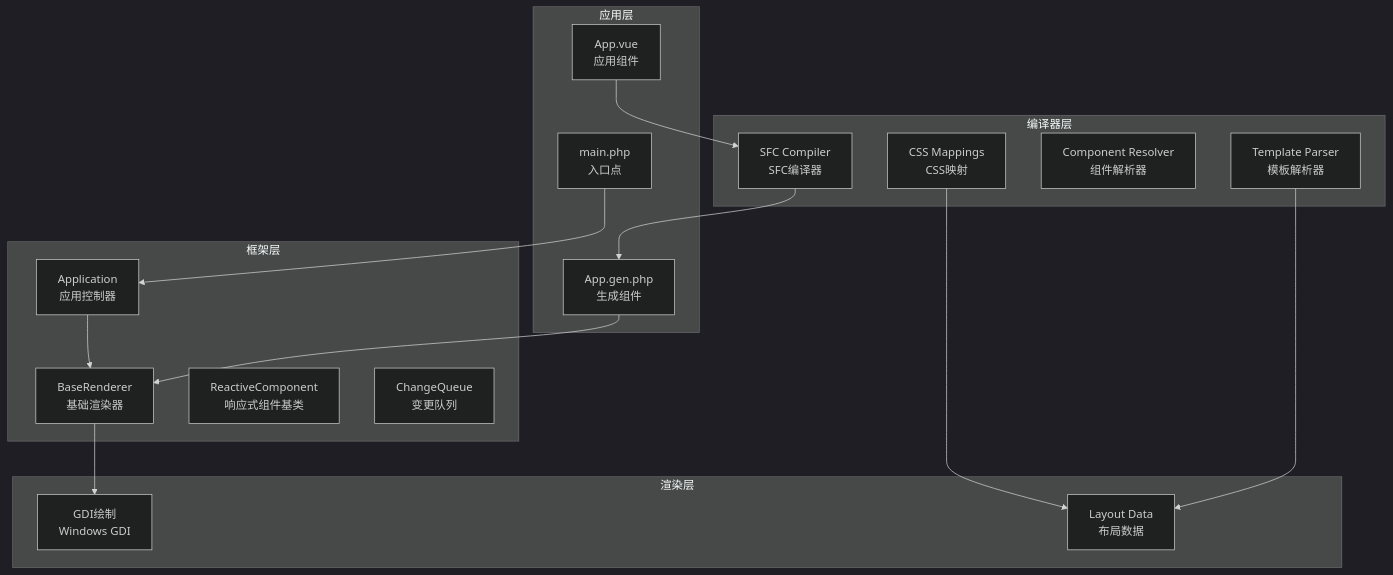
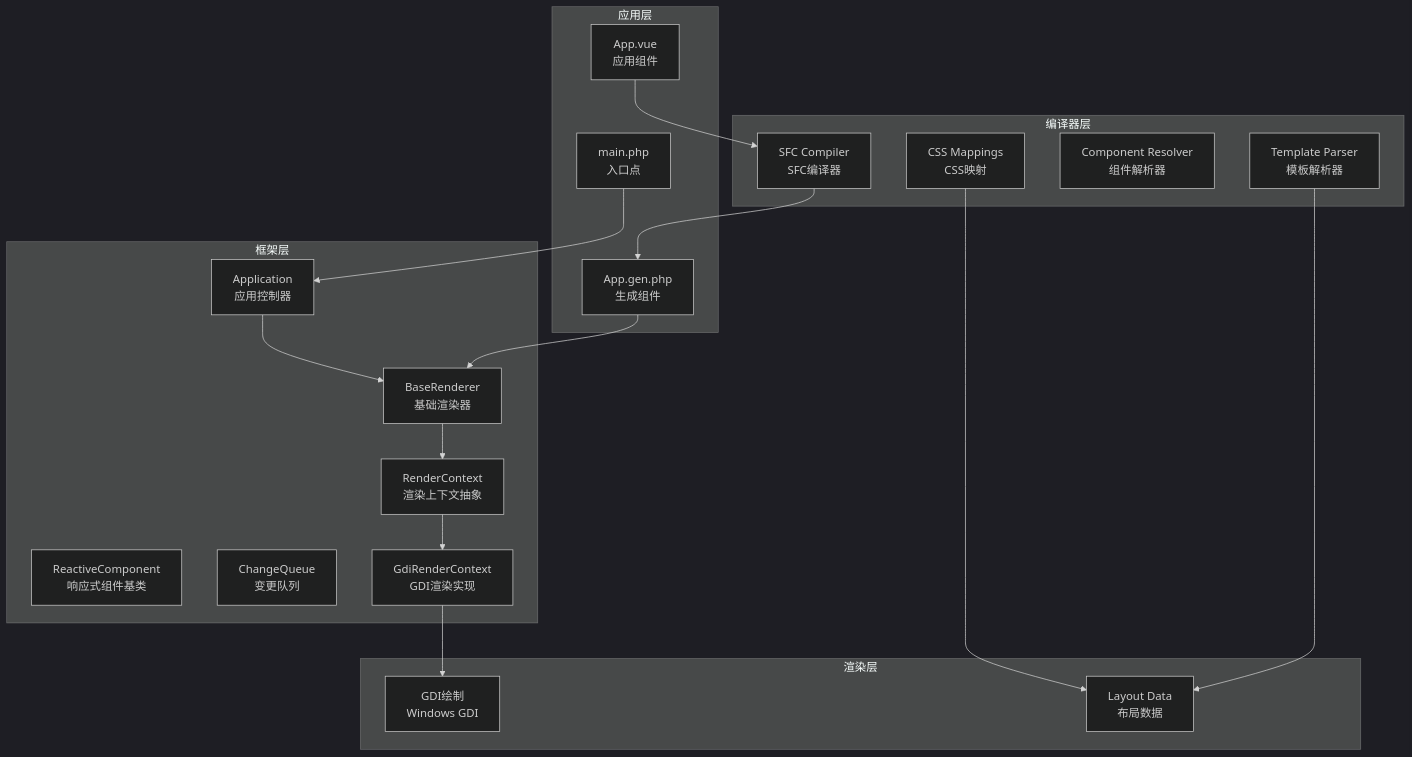
The first of 11 diagrams in .qoder/repowiki/zh/content/C++渲染层/BaseRenderer基础渲染器.md (xingye00186/PHP-Data-UI-Framework-powered-by-swooleAOT), drawn with Mermaid (dark theme) before and after one commit. The commit also changed other lines of this file and 10 other files, not shown here.

````diff
--- a/.qoder/repowiki/zh/content/C++渲染层/BaseRenderer基础渲染器.md
+++ b/.qoder/repowiki/zh/content/C++渲染层/BaseRenderer基础渲染器.md
@@ -48,32 +51,36 @@
 ```mermaid
 graph TB
 subgraph "应用层"
 App[App.vue<br/>应用组件]
 Gen[App.gen.php<br/>生成组件]
 Main[main.php<br/>入口点]
 end
 subgraph "框架层"
 Renderer[BaseRenderer<br/>基础渲染器]
 AppCtrl[Application<br/>应用控制器]
 Reactive[ReactiveComponent<br/>响应式组件基类]
 Queue[ChangeQueue<br/>变更队列]
+Ctx[RenderContext<br/>渲染上下文抽象]
+Gdi[GdiRenderContext<br/>GDI渲染实现]
 end
 subgraph "编译器层"
 Compiler[SFC Compiler<br/>SFC编译器]
 Parser[Template Parser<br/>模板解析器]
 Resolver[Component Resolver<br/>组件解析器]
 CSS[CSS Mappings<br/>CSS映射]
 end
 subgraph "渲染层"
 GDI[GDI绘制<br/>Windows GDI]
 Layout[Layout Data<br/>布局数据]
 end
 App --> Compiler
 Compiler --> Gen
 Gen --> Renderer
 Main --> AppCtrl
 AppCtrl --> Renderer
-Renderer --> GDI
+Renderer --> Ctx
+Ctx --> Gdi
+Gdi --> GDI
 Parser --> Layout
 CSS --> Layout
 ```
````
